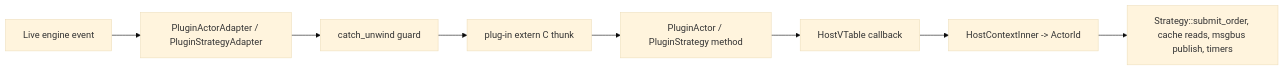
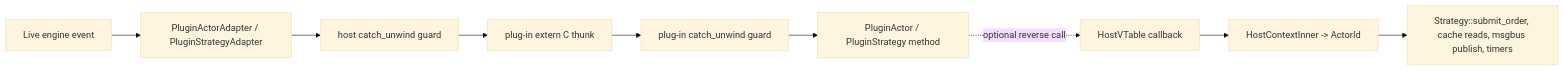
One commit to nautechsystems/nautilus_trader changed the second of 3 diagrams in docs/concepts/plugins.md. Above: the diagram before and after it, drawn with Mermaid (base theme). The commit also changed other lines of this file and 16 other files, not shown here.

````diff
--- a/docs/concepts/plugins.md
+++ b/docs/concepts/plugins.md
@@ -171,10 +185,11 @@
 ```mermaid
 flowchart LR
     Engine["Live engine event"] --> Adapter["PluginActorAdapter / PluginStrategyAdapter"]
-    Adapter --> Guard["catch_unwind guard"]
-    Guard --> Thunk["plug-in extern C thunk"]
-    Thunk --> Trait["PluginActor / PluginStrategy method"]
-    Trait --> Host["HostVTable callback"]
+    Adapter --> HostGuard["host catch_unwind guard"]
+    HostGuard --> Thunk["plug-in extern C thunk"]
+    Thunk --> PluginGuard["plug-in catch_unwind guard"]
+    PluginGuard --> Trait["PluginActor / PluginStrategy method"]
+    Trait -. "optional reverse call" .-> Host["HostVTable callback"]
     Host --> Resolve["HostContextInner -> ActorId"]
     Resolve --> Live["Strategy::submit_order, cache reads, msgbus publish, timers"]
 ```
````
